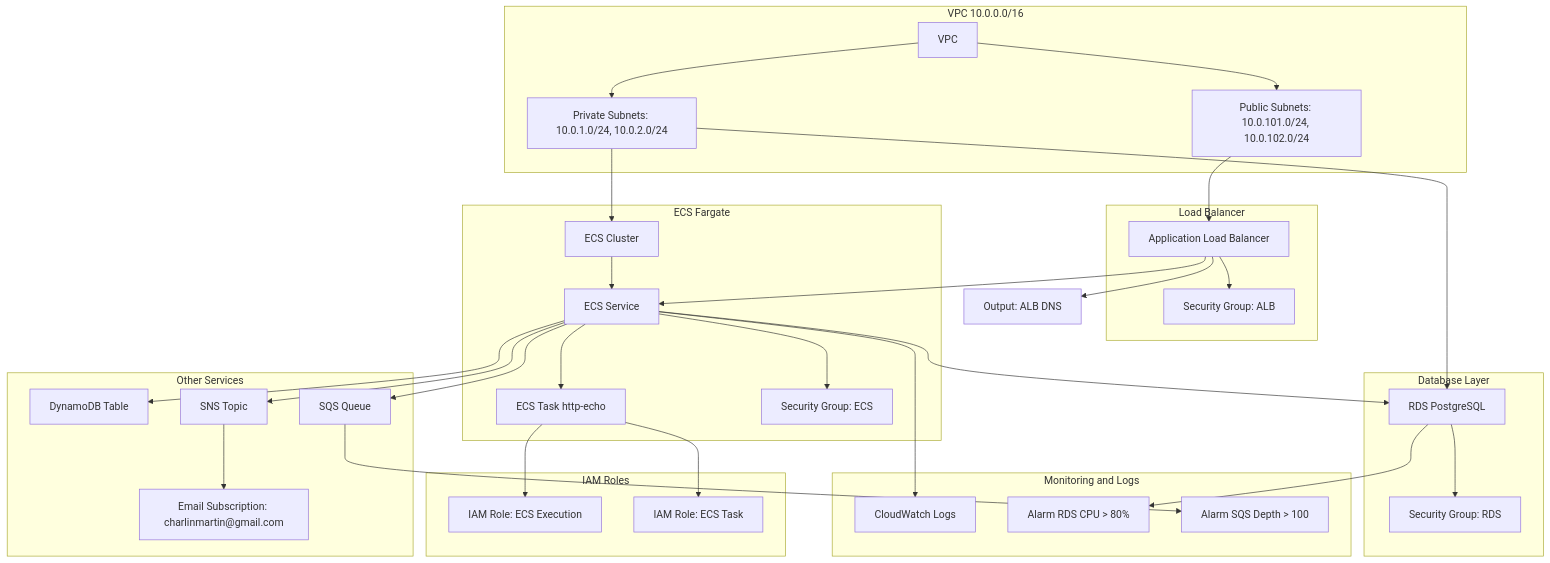
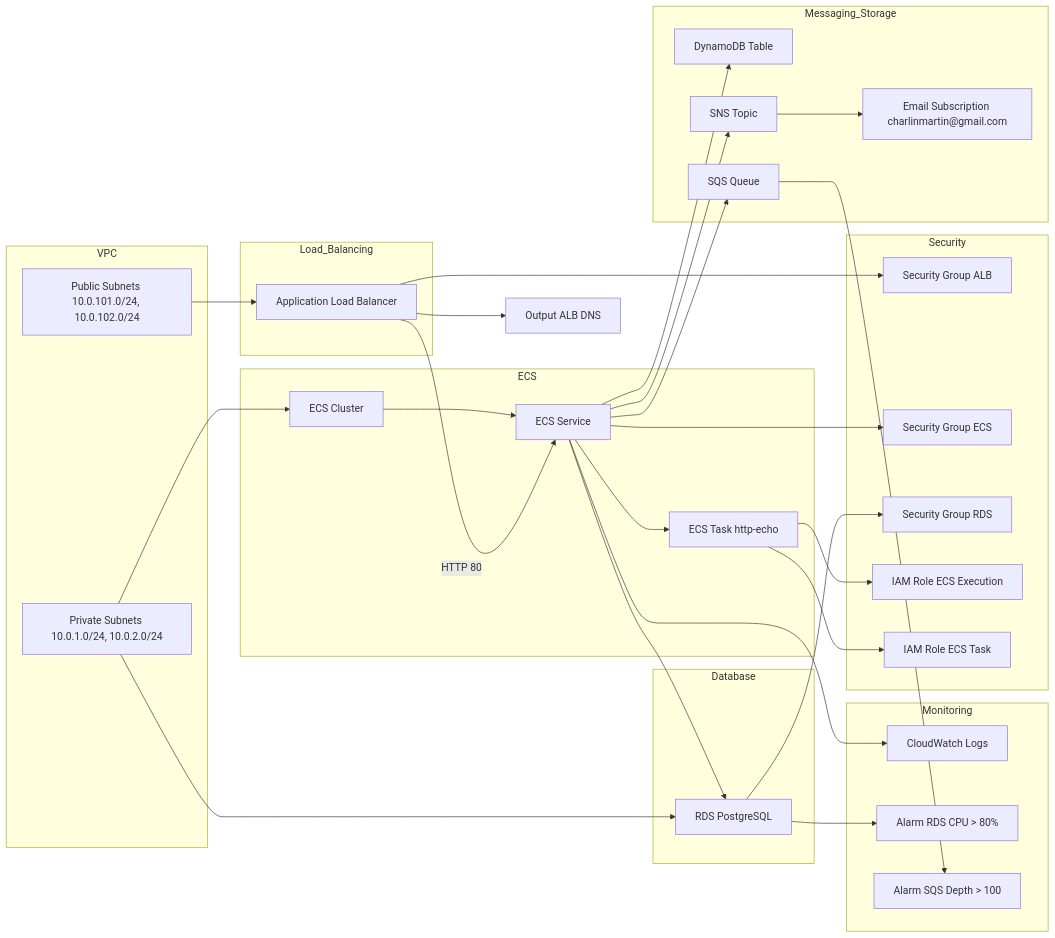
Before and after one commit to sand-blocks/bonmoja-devops-asssessment: the diagram in README.md, drawn with Mermaid.

````diff
--- a/README.md
+++ b/README.md
@@ -4,78 +4,81 @@
 ```mermaid
-graph TD
+flowchart LR
 
   %% VPC
-  subgraph VPCCluster[VPC 10.0.0.0/16]
-    VPC[VPC]
-    PublicSubnets[Public Subnets: 10.0.101.0/24, 10.0.102.0/24]
-    PrivateSubnets[Private Subnets: 10.0.1.0/24, 10.0.2.0/24]
-    VPC --> PublicSubnets
-    VPC --> PrivateSubnets
+  subgraph VPC
+    PublicSubnets["Public Subnets 10.0.101.0/24, 10.0.102.0/24"]
+    PrivateSubnets["Private Subnets 10.0.1.0/24, 10.0.2.0/24"]
   end
 
-  %% ALB
-  subgraph ALBCluster[Load Balancer]
-    ALB[Application Load Balancer]
-    SGALB[Security Group: ALB]
-    ALB --> SGALB
+  %% Load Balancer
+  subgraph Load_Balancing
+    ALB["Application Load Balancer"]
   end
 
   %% ECS
-  subgraph ECSClusterGroup[ECS Fargate]
-    ECSCluster[ECS Cluster]
-    ECSService[ECS Service]
-    ECSTask[ECS Task http-echo]
-    SGECS[Security Group: ECS]
-    ECSCluster --> ECSService
-    ECSService --> ECSTask
-    ECSService --> SGECS
+  subgraph ECS
+    ECSCluster["ECS Cluster"]
+    ECSService["ECS Service"]
+    ECSTask["ECS Task http-echo"]
   end
 
-  %% RDS
-  subgraph RDSCluster[Database Layer]
-    RDS[RDS PostgreSQL]
-    SGRDS[Security Group: RDS]
-    RDS --> SGRDS
+  %% Database
+  subgraph Database
+    RDS["RDS PostgreSQL"]
   end
 
-  %% Other Services
-  subgraph OtherServices[Other Services]
-    DDB[DynamoDB Table]
-    SQS[SQS Queue]
-    SNS[SNS Topic]
-    Email[Email Subscription: charlinmartin@gmail.com]
-    SNS --> Email
+  %% Messaging and Storage
+  subgraph Messaging_Storage
+    DDB["DynamoDB Table"]
+    SQS["SQS Queue"]
+    SNS["SNS Topic"]
+    Email["Email Subscription charlinmartin@gmail.com"]
   end
 
-  %% IAM
-  subgraph IAMCluster[IAM Roles]
-    IAMExec[IAM Role: ECS Execution]
-    IAMTask[IAM Role: ECS Task]
-    ECSTask --> IAMExec
-    ECSTask --> IAMTask
+  %% Security
+  subgraph Security
+    SGALB["Security Group ALB"]
+    SGECS["Security Group ECS"]
+    SGRDS["Security Group RDS"]
+    IAMExec["IAM Role ECS Execution"]
+    IAMTask["IAM Role ECS Task"]
   end
 
-  %% CloudWatch
-  subgraph Monitoring[Monitoring and Logs]
-    CWLogs[CloudWatch Logs]
-    CWAlarmRDS[Alarm RDS CPU > 80%]
-    CWAlarmSQS[Alarm SQS Depth > 100]
-    ECSService --> CWLogs
-    RDS --> CWAlarmRDS
-    SQS --> CWAlarmSQS
+  %% Monitoring
+  subgraph Monitoring
+    CWLogs["CloudWatch Logs"]
+    AlarmRDS["Alarm RDS CPU > 80%"]
+    AlarmSQS["Alarm SQS Depth > 100"]
   end
-
-  %% Output
-  Output[Output: ALB DNS]
-  ALB --> Output
 
   %% Connections
   PublicSubnets --> ALB
+  ALB -->|HTTP 80| ECSService
+
   PrivateSubnets --> ECSCluster
   PrivateSubnets --> RDS
-  ALB --> ECSService
+
+  ECSCluster --> ECSService
+  ECSService --> ECSTask
+
+  ALB --> SGALB
+  ECSService --> SGECS
+  RDS --> SGRDS
+
   ECSService --> RDS
   ECSService --> DDB
   ECSService --> SQS
   ECSService --> SNS
+  SNS --> Email
+
+  ECSTask --> IAMExec
+  ECSTask --> IAMTask
+
+  ECSService --> CWLogs
+  RDS --> AlarmRDS
+  SQS --> AlarmSQS
+
+  Output["Output ALB DNS"]
+  ALB --> Output
+
   ```
````
